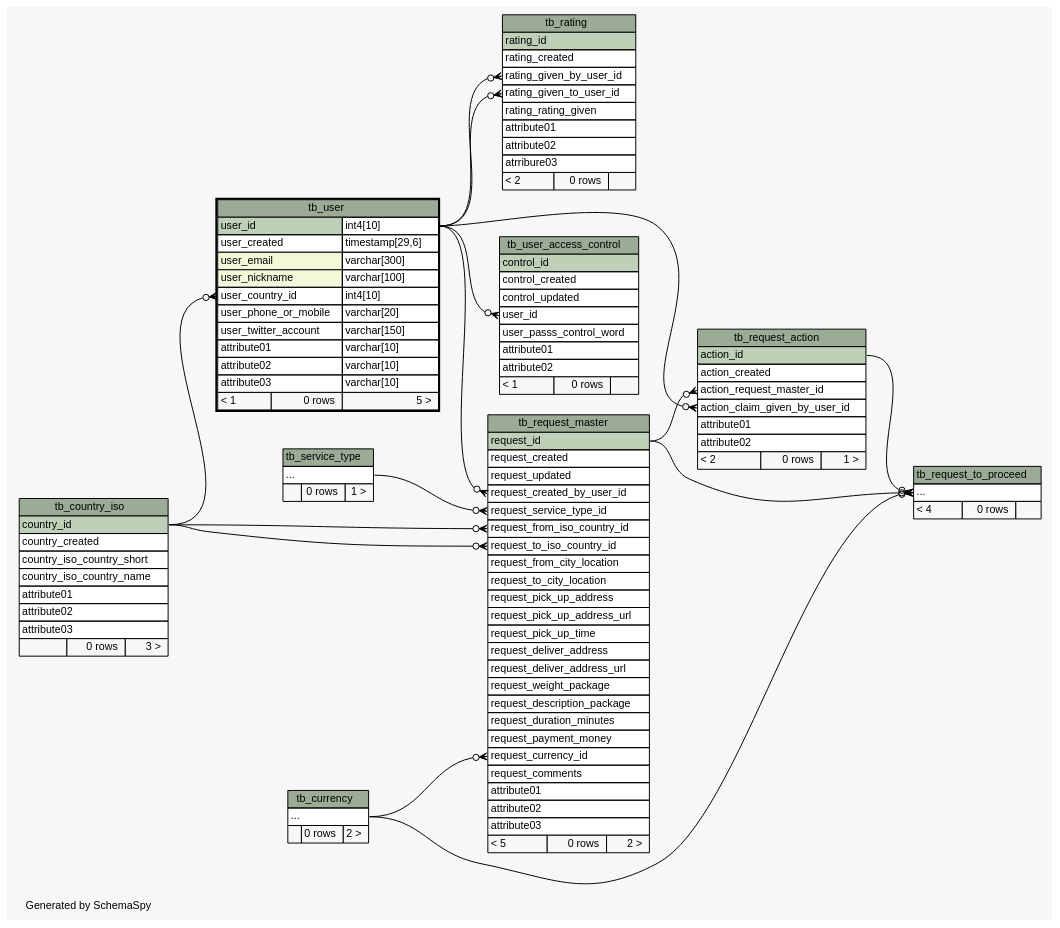
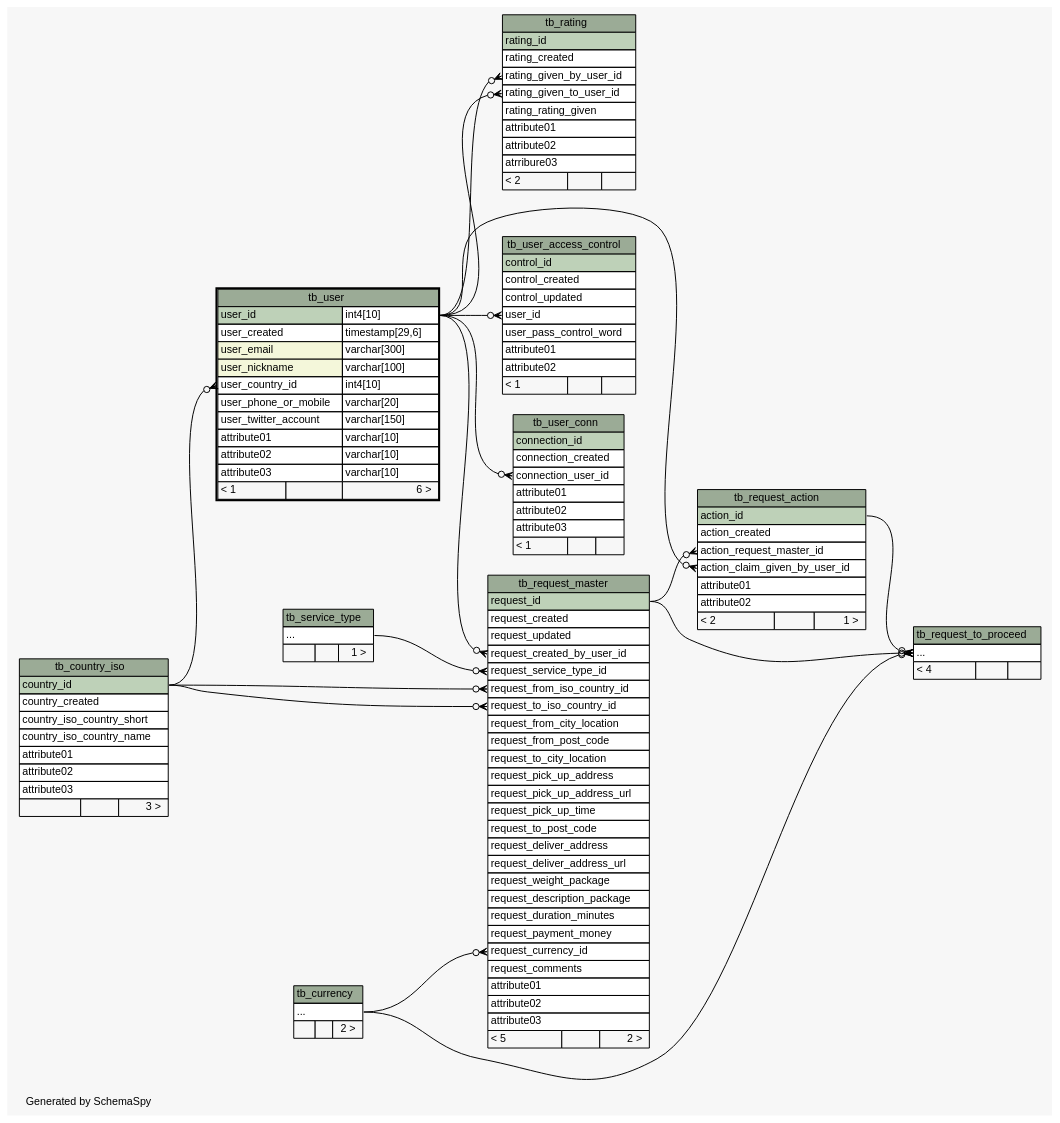
Before and after one commit to josetesan/bring2me: the diagram in database/schema/diagrams/tb_user.2degrees.dot, drawn with Graphviz. The commit also changed 74 other files, not shown here.

Commit message:
New schema

```diff
--- a/database/schema/diagrams/tb_user.2degrees.dot
+++ b/database/schema/diagrams/tb_user.2degrees.dot
@@ -1,4 +1,4 @@
-// dot 2.34.0 on Linux 3.12.0-1-MANJARO
+// dot 2.34.0 on Linux 3.12.1-1-MANJARO
 // SchemaSpy rev 590
 digraph "twoDegreesRelationshipsDiagram" {
   graph [
@@ -33,6 +33,7 @@
   "tb_request_to_proceed":"elipses":w -> "tb_request_master":"request_id":e [arrowhead=none dir=back arrowtail=crowodot];
   "tb_user":"user_country_id":w -> "tb_country_iso":"country_id":e [arrowhead=none dir=back arrowtail=crowodot];
   "tb_user_access_control":"user_id":w -> "tb_user":"user_id.type":e [arrowhead=none dir=back arrowtail=crowodot];
+  "tb_user_conn":"connection_user_id":w -> "tb_user":"user_id.type":e [arrowhead=none dir=back arrowtail=crowodot];
   "tb_country_iso" [
     label=<
     <TABLE BORDER="0" CELLBORDER="1" CELLSPACING="0" BGCOLOR="#ffffff">
@@ -44,7 +45,7 @@
       <TR><TD PORT="attribute01" COLSPAN="3" ALIGN="LEFT">attribute01</TD></TR>
       <TR><TD PORT="attribute02" COLSPAN="3" ALIGN="LEFT">attribute02</TD></TR>
       <TR><TD PORT="attribute03" COLSPAN="3" ALIGN="LEFT">attribute03</TD></TR>
-      <TR><TD ALIGN="LEFT" BGCOLOR="#f7f7f7">  </TD><TD ALIGN="RIGHT" BGCOLOR="#f7f7f7">0 rows</TD><TD ALIGN="RIGHT" BGCOLOR="#f7f7f7">3 &gt;</TD></TR>
+      <TR><TD ALIGN="LEFT" BGCOLOR="#f7f7f7">  </TD><TD ALIGN="RIGHT" BGCOLOR="#f7f7f7">  </TD><TD ALIGN="RIGHT" BGCOLOR="#f7f7f7">3 &gt;</TD></TR>
     </TABLE>>
     URL="tb_country_iso.html"
     tooltip="tb_country_iso"
@@ -54,7 +55,7 @@
     <TABLE BORDER="0" CELLBORDER="1" CELLSPACING="0" BGCOLOR="#ffffff">
       <TR><TD COLSPAN="3" BGCOLOR="#9bab96" ALIGN="CENTER">tb_currency</TD></TR>
       <TR><TD PORT="elipses" COLSPAN="3" ALIGN="LEFT">...</TD></TR>
-      <TR><TD ALIGN="LEFT" BGCOLOR="#f7f7f7">  </TD><TD ALIGN="RIGHT" BGCOLOR="#f7f7f7">0 rows</TD><TD ALIGN="RIGHT" BGCOLOR="#f7f7f7">2 &gt;</TD></TR>
+      <TR><TD ALIGN="LEFT" BGCOLOR="#f7f7f7">  </TD><TD ALIGN="RIGHT" BGCOLOR="#f7f7f7">  </TD><TD ALIGN="RIGHT" BGCOLOR="#f7f7f7">2 &gt;</TD></TR>
     </TABLE>>
     URL="tb_currency.html"
     tooltip="tb_currency"
@@ -71,7 +72,7 @@
       <TR><TD PORT="attribute01" COLSPAN="3" ALIGN="LEFT">attribute01</TD></TR>
       <TR><TD PORT="attribute02" COLSPAN="3" ALIGN="LEFT">attribute02</TD></TR>
       <TR><TD PORT="atrribure03" COLSPAN="3" ALIGN="LEFT">atrribure03</TD></TR>
-      <TR><TD ALIGN="LEFT" BGCOLOR="#f7f7f7">&lt; 2</TD><TD ALIGN="RIGHT" BGCOLOR="#f7f7f7">0 rows</TD><TD ALIGN="RIGHT" BGCOLOR="#f7f7f7">  </TD></TR>
+      <TR><TD ALIGN="LEFT" BGCOLOR="#f7f7f7">&lt; 2</TD><TD ALIGN="RIGHT" BGCOLOR="#f7f7f7">  </TD><TD ALIGN="RIGHT" BGCOLOR="#f7f7f7">  </TD></TR>
     </TABLE>>
     URL="tb_rating.html"
     tooltip="tb_rating"
@@ -86,7 +87,7 @@
       <TR><TD PORT="action_claim_given_by_user_id" COLSPAN="3" ALIGN="LEFT">action_claim_given_by_user_id</TD></TR>
       <TR><TD PORT="attribute01" COLSPAN="3" ALIGN="LEFT">attribute01</TD></TR>
       <TR><TD PORT="attribute02" COLSPAN="3" ALIGN="LEFT">attribute02</TD></TR>
-      <TR><TD ALIGN="LEFT" BGCOLOR="#f7f7f7">&lt; 2</TD><TD ALIGN="RIGHT" BGCOLOR="#f7f7f7">0 rows</TD><TD ALIGN="RIGHT" BGCOLOR="#f7f7f7">1 &gt;</TD></TR>
+      <TR><TD ALIGN="LEFT" BGCOLOR="#f7f7f7">&lt; 2</TD><TD ALIGN="RIGHT" BGCOLOR="#f7f7f7">  </TD><TD ALIGN="RIGHT" BGCOLOR="#f7f7f7">1 &gt;</TD></TR>
     </TABLE>>
     URL="tb_request_action.html"
     tooltip="tb_request_action"
@@ -103,10 +104,12 @@
       <TR><TD PORT="request_from_iso_country_id" COLSPAN="3" ALIGN="LEFT">request_from_iso_country_id</TD></TR>
       <TR><TD PORT="request_to_iso_country_id" COLSPAN="3" ALIGN="LEFT">request_to_iso_country_id</TD></TR>
       <TR><TD PORT="request_from_city_location" COLSPAN="3" ALIGN="LEFT">request_from_city_location</TD></TR>
+      <TR><TD PORT="request_from_post_code" COLSPAN="3" ALIGN="LEFT">request_from_post_code</TD></TR>
       <TR><TD PORT="request_to_city_location" COLSPAN="3" ALIGN="LEFT">request_to_city_location</TD></TR>
       <TR><TD PORT="request_pick_up_address" COLSPAN="3" ALIGN="LEFT">request_pick_up_address</TD></TR>
       <TR><TD PORT="request_pick_up_address_url" COLSPAN="3" ALIGN="LEFT">request_pick_up_address_url</TD></TR>
       <TR><TD PORT="request_pick_up_time" COLSPAN="3" ALIGN="LEFT">request_pick_up_time</TD></TR>
+      <TR><TD PORT="request_to_post_code" COLSPAN="3" ALIGN="LEFT">request_to_post_code</TD></TR>
       <TR><TD PORT="request_deliver_address" COLSPAN="3" ALIGN="LEFT">request_deliver_address</TD></TR>
       <TR><TD PORT="request_deliver_address_url" COLSPAN="3" ALIGN="LEFT">request_deliver_address_url</TD></TR>
       <TR><TD PORT="request_weight_package" COLSPAN="3" ALIGN="LEFT">request_weight_package</TD></TR>
@@ -118,7 +121,7 @@
       <TR><TD PORT="attribute01" COLSPAN="3" ALIGN="LEFT">attribute01</TD></TR>
       <TR><TD PORT="attribute02" COLSPAN="3" ALIGN="LEFT">attribute02</TD></TR>
       <TR><TD PORT="attribute03" COLSPAN="3" ALIGN="LEFT">attribute03</TD></TR>
-      <TR><TD ALIGN="LEFT" BGCOLOR="#f7f7f7">&lt; 5</TD><TD ALIGN="RIGHT" BGCOLOR="#f7f7f7">0 rows</TD><TD ALIGN="RIGHT" BGCOLOR="#f7f7f7">2 &gt;</TD></TR>
+      <TR><TD ALIGN="LEFT" BGCOLOR="#f7f7f7">&lt; 5</TD><TD ALIGN="RIGHT" BGCOLOR="#f7f7f7">  </TD><TD ALIGN="RIGHT" BGCOLOR="#f7f7f7">2 &gt;</TD></TR>
     </TABLE>>
     URL="tb_request_master.html"
     tooltip="tb_request_master"
@@ -128,7 +131,7 @@
     <TABLE BORDER="0" CELLBORDER="1" CELLSPACING="0" BGCOLOR="#ffffff">
       <TR><TD COLSPAN="3" BGCOLOR="#9bab96" ALIGN="CENTER">tb_request_to_proceed</TD></TR>
       <TR><TD PORT="elipses" COLSPAN="3" ALIGN="LEFT">...</TD></TR>
-      <TR><TD ALIGN="LEFT" BGCOLOR="#f7f7f7">&lt; 4</TD><TD ALIGN="RIGHT" BGCOLOR="#f7f7f7">0 rows</TD><TD ALIGN="RIGHT" BGCOLOR="#f7f7f7">  </TD></TR>
+      <TR><TD ALIGN="LEFT" BGCOLOR="#f7f7f7">&lt; 4</TD><TD ALIGN="RIGHT" BGCOLOR="#f7f7f7">  </TD><TD ALIGN="RIGHT" BGCOLOR="#f7f7f7">  </TD></TR>
     </TABLE>>
     URL="tb_request_to_proceed.html"
     tooltip="tb_request_to_proceed"
@@ -138,7 +141,7 @@
     <TABLE BORDER="0" CELLBORDER="1" CELLSPACING="0" BGCOLOR="#ffffff">
       <TR><TD COLSPAN="3" BGCOLOR="#9bab96" ALIGN="CENTER">tb_service_type</TD></TR>
       <TR><TD PORT="elipses" COLSPAN="3" ALIGN="LEFT">...</TD></TR>
-      <TR><TD ALIGN="LEFT" BGCOLOR="#f7f7f7">  </TD><TD ALIGN="RIGHT" BGCOLOR="#f7f7f7">0 rows</TD><TD ALIGN="RIGHT" BGCOLOR="#f7f7f7">1 &gt;</TD></TR>
+      <TR><TD ALIGN="LEFT" BGCOLOR="#f7f7f7">  </TD><TD ALIGN="RIGHT" BGCOLOR="#f7f7f7">  </TD><TD ALIGN="RIGHT" BGCOLOR="#f7f7f7">1 &gt;</TD></TR>
     </TABLE>>
     URL="tb_service_type.html"
     tooltip="tb_service_type"
@@ -157,7 +160,7 @@
       <TR><TD PORT="attribute01" COLSPAN="2" ALIGN="LEFT">attribute01</TD><TD PORT="attribute01.type" ALIGN="LEFT">varchar[10]</TD></TR>
       <TR><TD PORT="attribute02" COLSPAN="2" ALIGN="LEFT">attribute02</TD><TD PORT="attribute02.type" ALIGN="LEFT">varchar[10]</TD></TR>
       <TR><TD PORT="attribute03" COLSPAN="2" ALIGN="LEFT">attribute03</TD><TD PORT="attribute03.type" ALIGN="LEFT">varchar[10]</TD></TR>
-      <TR><TD ALIGN="LEFT" BGCOLOR="#f7f7f7">&lt; 1</TD><TD ALIGN="RIGHT" BGCOLOR="#f7f7f7">0 rows</TD><TD ALIGN="RIGHT" BGCOLOR="#f7f7f7">5 &gt;</TD></TR>
+      <TR><TD ALIGN="LEFT" BGCOLOR="#f7f7f7">&lt; 1</TD><TD ALIGN="RIGHT" BGCOLOR="#f7f7f7">  </TD><TD ALIGN="RIGHT" BGCOLOR="#f7f7f7">6 &gt;</TD></TR>
     </TABLE>>
     URL="tb_user.html"
     tooltip="tb_user"
@@ -170,12 +173,27 @@
       <TR><TD PORT="control_created" COLSPAN="3" ALIGN="LEFT">control_created</TD></TR>
       <TR><TD PORT="control_updated" COLSPAN="3" ALIGN="LEFT">control_updated</TD></TR>
       <TR><TD PORT="user_id" COLSPAN="3" ALIGN="LEFT">user_id</TD></TR>
-      <TR><TD PORT="user_passs_control_word" COLSPAN="3" ALIGN="LEFT">user_passs_control_word</TD></TR>
+      <TR><TD PORT="user_pass_control_word" COLSPAN="3" ALIGN="LEFT">user_pass_control_word</TD></TR>
       <TR><TD PORT="attribute01" COLSPAN="3" ALIGN="LEFT">attribute01</TD></TR>
       <TR><TD PORT="attribute02" COLSPAN="3" ALIGN="LEFT">attribute02</TD></TR>
-      <TR><TD ALIGN="LEFT" BGCOLOR="#f7f7f7">&lt; 1</TD><TD ALIGN="RIGHT" BGCOLOR="#f7f7f7">0 rows</TD><TD ALIGN="RIGHT" BGCOLOR="#f7f7f7">  </TD></TR>
+      <TR><TD ALIGN="LEFT" BGCOLOR="#f7f7f7">&lt; 1</TD><TD ALIGN="RIGHT" BGCOLOR="#f7f7f7">  </TD><TD ALIGN="RIGHT" BGCOLOR="#f7f7f7">  </TD></TR>
     </TABLE>>
     URL="tb_user_access_control.html"
     tooltip="tb_user_access_control"
   ];
+  "tb_user_conn" [
+    label=<
+    <TABLE BORDER="0" CELLBORDER="1" CELLSPACING="0" BGCOLOR="#ffffff">
+      <TR><TD COLSPAN="3" BGCOLOR="#9bab96" ALIGN="CENTER">tb_user_conn</TD></TR>
+      <TR><TD PORT="connection_id" COLSPAN="3" BGCOLOR="#bed1b8" ALIGN="LEFT">connection_id</TD></TR>
+      <TR><TD PORT="connection_created" COLSPAN="3" ALIGN="LEFT">connection_created</TD></TR>
+      <TR><TD PORT="connection_user_id" COLSPAN="3" ALIGN="LEFT">connection_user_id</TD></TR>
+      <TR><TD PORT="attribute01" COLSPAN="3" ALIGN="LEFT">attribute01</TD></TR>
+      <TR><TD PORT="attribute02" COLSPAN="3" ALIGN="LEFT">attribute02</TD></TR>
+      <TR><TD PORT="attribute03" COLSPAN="3" ALIGN="LEFT">attribute03</TD></TR>
+      <TR><TD ALIGN="LEFT" BGCOLOR="#f7f7f7">&lt; 1</TD><TD ALIGN="RIGHT" BGCOLOR="#f7f7f7">  </TD><TD ALIGN="RIGHT" BGCOLOR="#f7f7f7">  </TD></TR>
+    </TABLE>>
+    URL="tb_user_conn.html"
+    tooltip="tb_user_conn"
+  ];
 }
```
